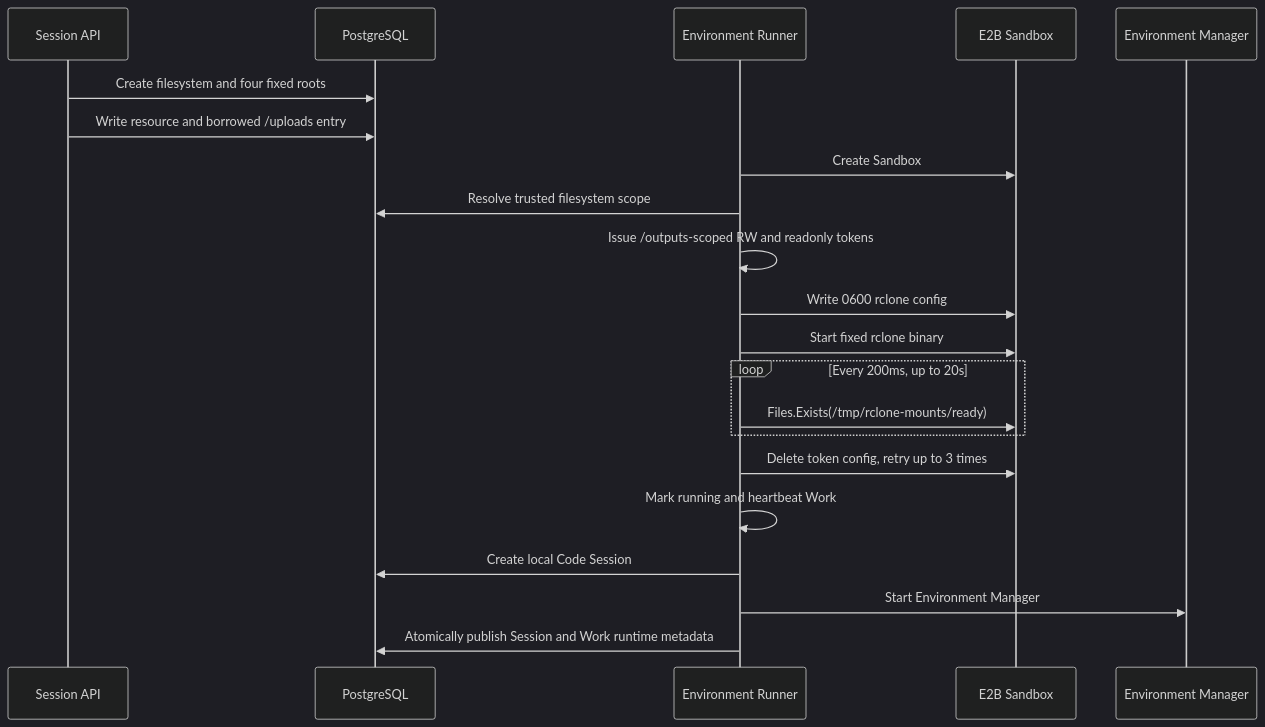
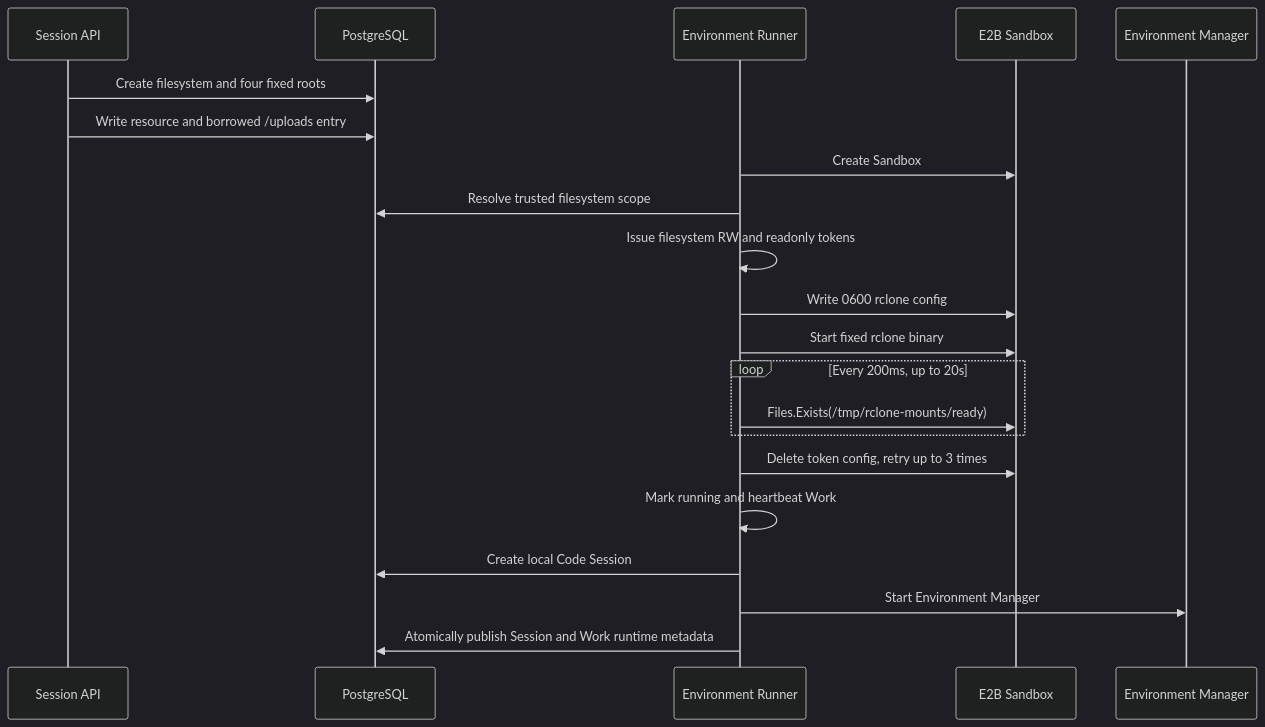
Before and after one commit to superduck-ai/open-managed-agents: the second of 4 diagrams in docs/design/be/filestore.md, drawn with Mermaid (dark theme). The commit also changed other lines of this file and 11 other files, not shown here.

````diff
--- a/docs/design/be/filestore.md
+++ b/docs/design/be/filestore.md
@@ -129,23 +128,23 @@
 ```mermaid
 sequenceDiagram
     participant A as Session API
     participant D as PostgreSQL
     participant R as Environment Runner
     participant E as E2B Sandbox
     participant M as Environment Manager
     A->>D: Create filesystem and four fixed roots
     A->>D: Write resource and borrowed /uploads entry
     R->>E: Create Sandbox
     R->>D: Resolve trusted filesystem scope
-    R->>R: Issue /outputs-scoped RW and readonly tokens
+    R->>R: Issue filesystem RW and readonly tokens
     R->>E: Write 0600 rclone config
     R->>E: Start fixed rclone binary
     loop Every 200ms, up to 20s
         R->>E: Files.Exists(/tmp/rclone-mounts/ready)
     end
     R->>E: Delete token config, retry up to 3 times
     R->>R: Mark running and heartbeat Work
     R->>D: Create local Code Session
     R->>M: Start Environment Manager
     R->>D: Atomically publish Session and Work runtime metadata
 ```
````
